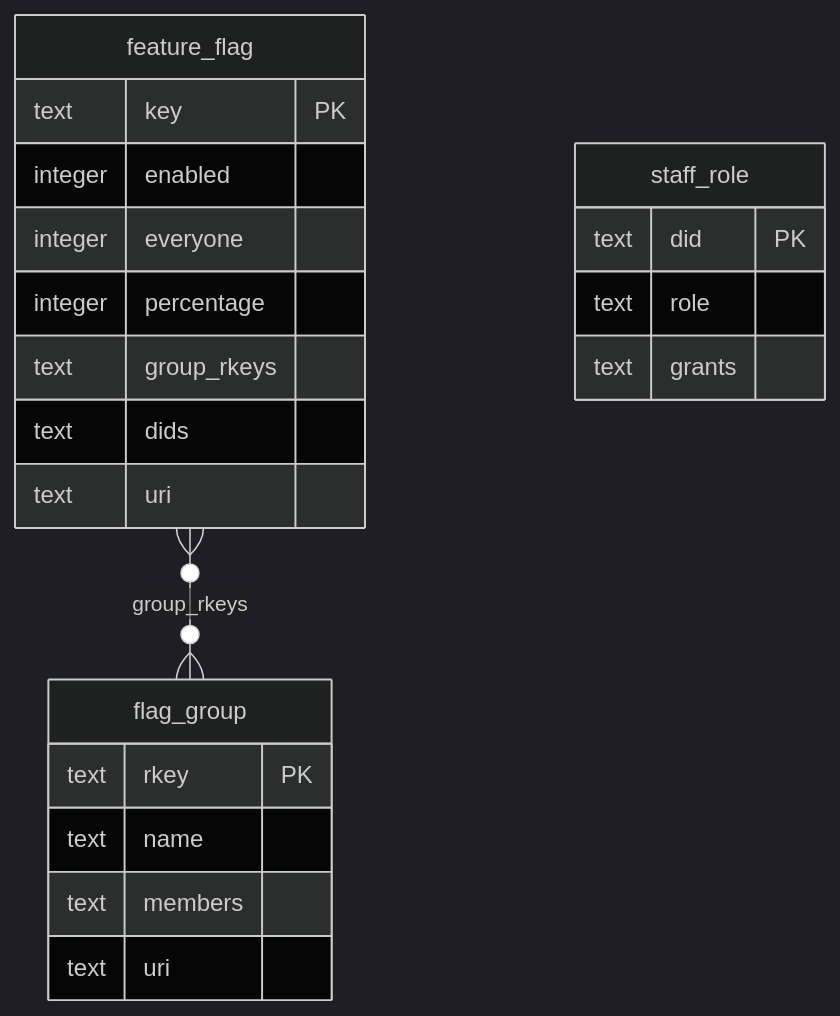
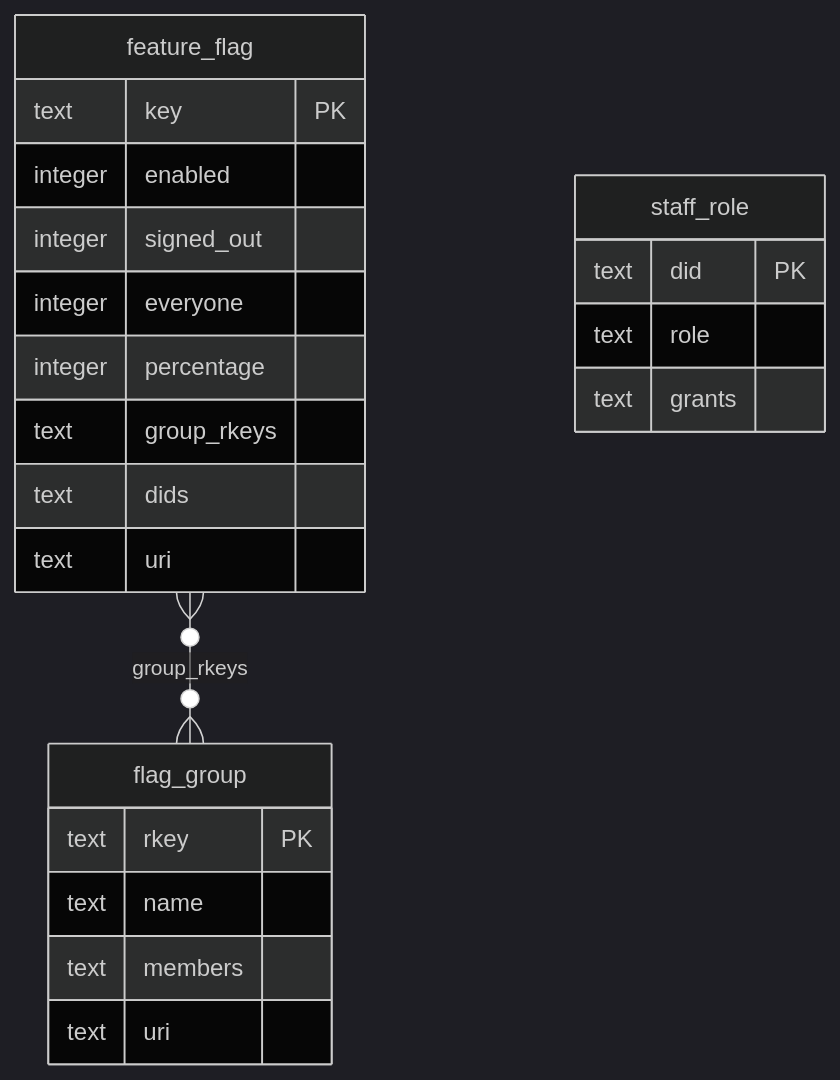
Before and after one commit to cutenode/localnetwork: the fifth of 5 diagrams in apps/web/docs/diagrams/flags.md, drawn with Mermaid (dark theme). The commit also changed other lines of this file and 44 other files, not shown here.

First line of the commit message:
feat(web): turn a flag on for signed-out visitors last, as its own setting

````diff
--- a/apps/web/docs/diagrams/flags.md
+++ b/apps/web/docs/diagrams/flags.md
@@ -105,24 +106,25 @@
 ```mermaid
 erDiagram
   feature_flag }o--o{ flag_group : "group_rkeys"
   staff_role {
     text did PK
     text role
     text grants
   }
   feature_flag {
     text key PK
     integer enabled
+    integer signed_out
     integer everyone
     integer percentage
     text group_rkeys
     text dids
     text uri
   }
   flag_group {
     text rkey PK
     text name
     text members
     text uri
   }
 ```
````
